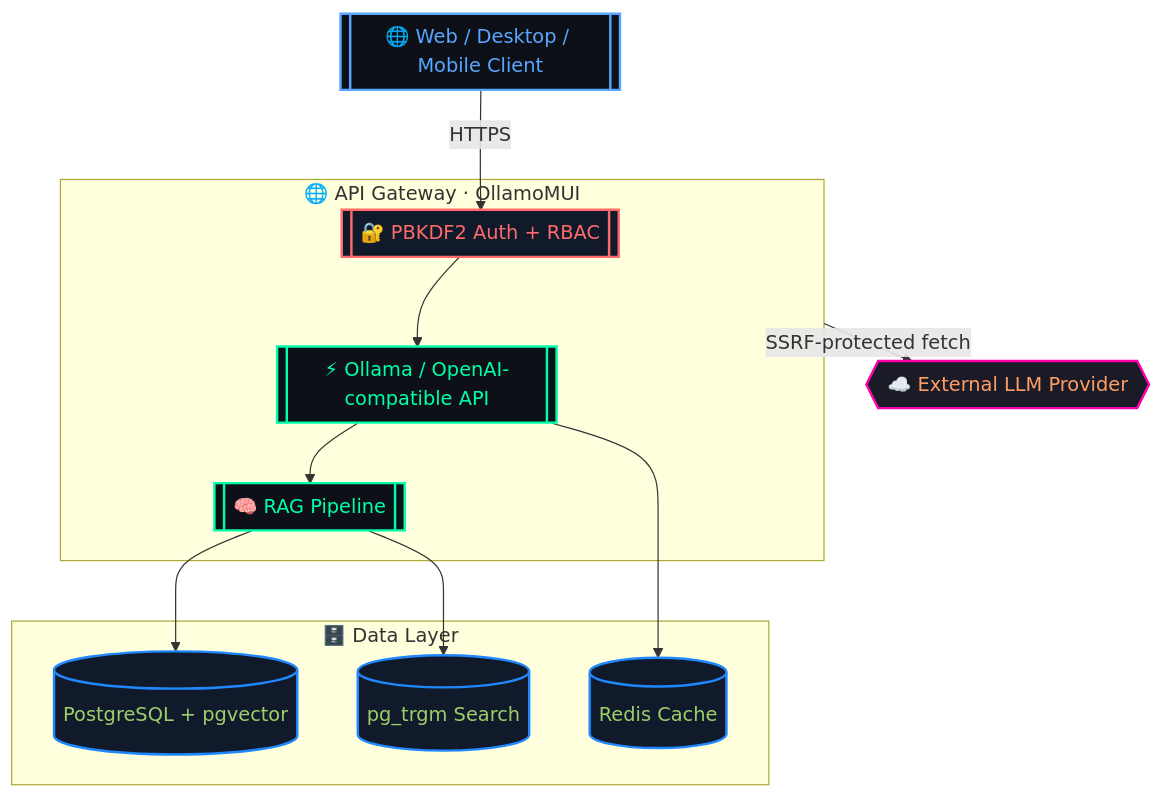
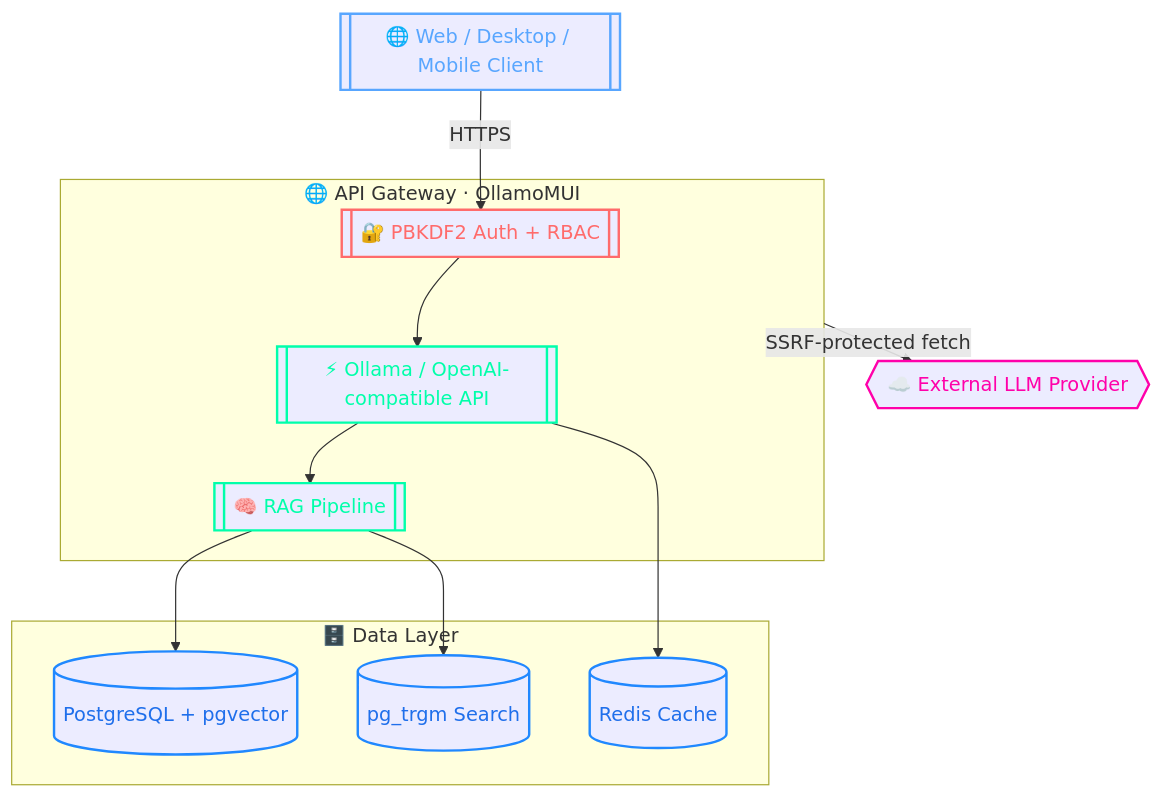
The first of 4 diagrams in README.md (rbkhan007/rbkhan007), drawn with Mermaid before and after one commit. The commit also changed other lines of this file and 1 other file, not shown here.

Commit message:
style: make Mermaid theme-adaptive, polish footer
- Remove hardcoded dark fills from 4 Mermaid classDefs so diagrams adapt to light/dark reader theme
- Rebuild footer.svg: theme-safe card, signature, quote, social echoes, animated divider
- Badges already self-contained/visible on both themes

````diff
--- a/README.md
+++ b/README.md
@@ -60,29 +60,29 @@
 ```mermaid
 flowchart TB
   Client[[🌐 Web / Desktop / Mobile Client]]:::client
 
   subgraph GW["🌐 API Gateway · OllamoMUI"]
     Auth[[🔐 PBKDF2 Auth + RBAC]]:::sec
     API[[⚡ Ollama / OpenAI-compatible API]]:::node
     Auth --> API
     API --> RAG[[🧠 RAG Pipeline]]:::node
   end
 
   subgraph DATA["🗄️ Data Layer"]
     PG[("PostgreSQL + pgvector")]:::db
     TRG[("pg_trgm Search")]:::db
     Cache[("Redis Cache")]:::db
   end
 
   Client -->|HTTPS| Auth
   RAG --> PG
   RAG --> TRG
   API --> Cache
   GW -->|SSRF-protected fetch| LLM{{"☁️ External LLM Provider"}}:::ext
 
-  classDef client fill:#0D1117,stroke:#58a6ff,stroke-width:2px,color:#58a6ff;
-  classDef node fill:#0D1117,stroke:#00FFAA,stroke-width:2px,color:#00FFAA;
-  classDef sec fill:#101a2b,stroke:#FF6B6B,stroke-width:2px,color:#FF6B6B;
-  classDef db fill:#101a2b,stroke:#2088FF,stroke-width:2px,color:#9ECE6A;
-  classDef ext fill:#1a1b26,stroke:#FF00AA,stroke-width:2px,color:#FF9E64;
+  classDef client stroke:#58a6ff,stroke-width:2px,color:#58a6ff;
+  classDef node stroke:#00FFAA,stroke-width:2px,color:#00FFAA;
+  classDef sec stroke:#FF6B6B,stroke-width:2px,color:#FF6B6B;
+  classDef db stroke:#2088FF,stroke-width:2px,color:#1f6feb;
+  classDef ext stroke:#FF00AA,stroke-width:2px,color:#FF00AA;
 ```
````
